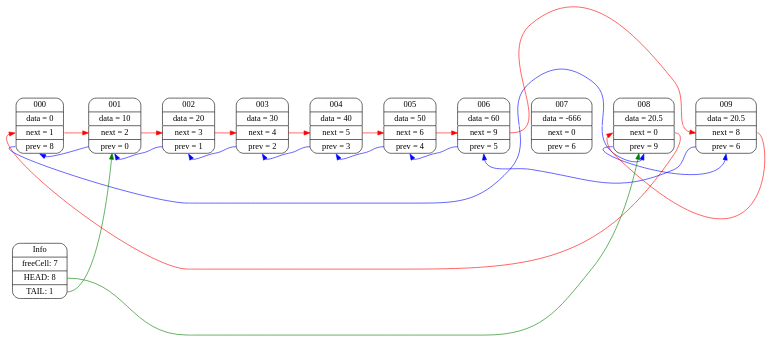
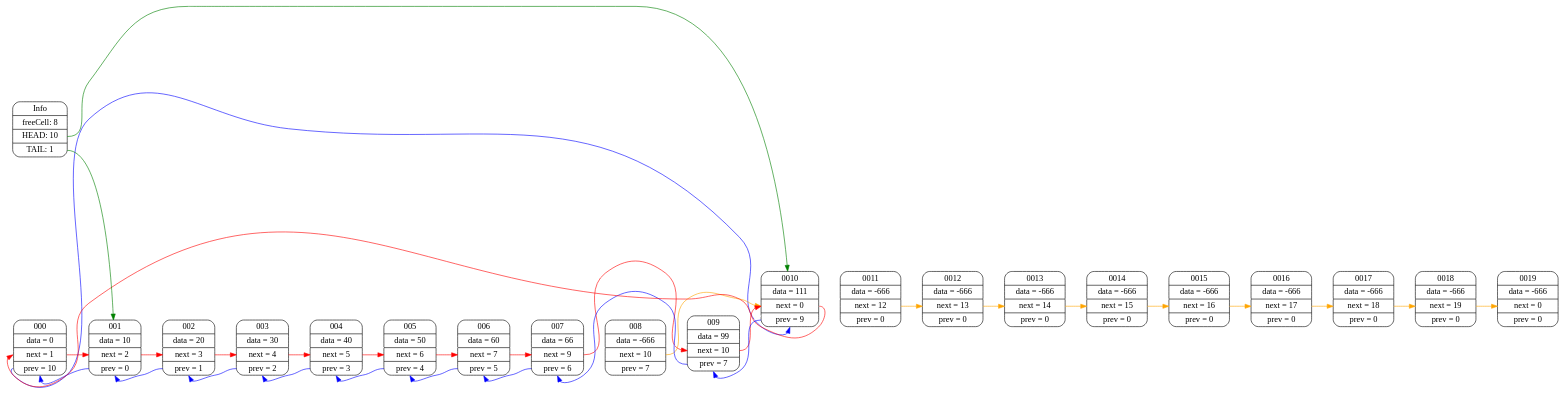
Before and after one commit to Matvey787/myArray: the diagram in tree.dot, drawn with Graphviz. The commit also changed 27 other files, not shown here.

```diff
--- a/tree.dot
+++ b/tree.dot
@@ -1,52 +1,83 @@
 digraph
 { 
                     rankdir=LR; 
                     overlap=false; 
                     splines=true; 
                     nodesep=0.75; 
                     ranksep=0.5;
-node000 [shape=Mrecord label= " 000 | data = 0 | <n0_n> next = 1 | <n0_p> prev = 8 " ];
+node000 [shape=Mrecord label= " 000 | data = 0 | <n0_n> next = 1 | <n0_p> prev = 10 " ];
 node001 [shape=Mrecord label= " 001 | data = 10 | <n1_n> next = 2 | <n1_p> prev = 0 " ];
 node002 [shape=Mrecord label= " 002 | data = 20 | <n2_n> next = 3 | <n2_p> prev = 1 " ];
 node003 [shape=Mrecord label= " 003 | data = 30 | <n3_n> next = 4 | <n3_p> prev = 2 " ];
 node004 [shape=Mrecord label= " 004 | data = 40 | <n4_n> next = 5 | <n4_p> prev = 3 " ];
 node005 [shape=Mrecord label= " 005 | data = 50 | <n5_n> next = 6 | <n5_p> prev = 4 " ];
-node006 [shape=Mrecord label= " 006 | data = 60 | <n6_n> next = 9 | <n6_p> prev = 5 " ];
-node007 [shape=Mrecord label= " 007 | data = -666 | <n7_n> next = 0 | <n7_p> prev = 6 " ];
-node008 [shape=Mrecord label= " 008 | data = 20.5 | <n8_n> next = 0 | <n8_p> prev = 9 " ];
-node009 [shape=Mrecord label= " 009 | data = 20.5 | <n9_n> next = 8 | <n9_p> prev = 6 " ];
+node006 [shape=Mrecord label= " 006 | data = 60 | <n6_n> next = 7 | <n6_p> prev = 5 " ];
+node007 [shape=Mrecord label= " 007 | data = 66 | <n7_n> next = 9 | <n7_p> prev = 6 " ];
+node008 [shape=Mrecord label= " 008 | data = -666 | <n8_n> next = 10 | <n8_p> prev = 7 " ];
+node009 [shape=Mrecord label= " 009 | data = 99 | <n9_n> next = 10 | <n9_p> prev = 7 " ];
+node0010 [shape=Mrecord label= " 0010 | data = 111 | <n10_n> next = 0 | <n10_p> prev = 9 " ];
+node0011 [shape=Mrecord label= " 0011 | data = -666 | <n11_n> next = 12 | <n11_p> prev = 0 " ];
+node0012 [shape=Mrecord label= " 0012 | data = -666 | <n12_n> next = 13 | <n12_p> prev = 0 " ];
+node0013 [shape=Mrecord label= " 0013 | data = -666 | <n13_n> next = 14 | <n13_p> prev = 0 " ];
+node0014 [shape=Mrecord label= " 0014 | data = -666 | <n14_n> next = 15 | <n14_p> prev = 0 " ];
+node0015 [shape=Mrecord label= " 0015 | data = -666 | <n15_n> next = 16 | <n15_p> prev = 0 " ];
+node0016 [shape=Mrecord label= " 0016 | data = -666 | <n16_n> next = 17 | <n16_p> prev = 0 " ];
+node0017 [shape=Mrecord label= " 0017 | data = -666 | <n17_n> next = 18 | <n17_p> prev = 0 " ];
+node0018 [shape=Mrecord label= " 0018 | data = -666 | <n18_n> next = 19 | <n18_p> prev = 0 " ];
+node0019 [shape=Mrecord label= " 0019 | data = -666 | <n19_n> next = 0 | <n19_p> prev = 0 " ];
 
-info [shape=Mrecord label= " Info | freeCell: 7 | <info_h> HEAD: 8 | <info_t> TAIL: 1 " ];
-info:<info_h> -> node008 [ color = green; ]
+info [shape=Mrecord label= " Info | freeCell: 8 | <info_h> HEAD: 10 | <info_t> TAIL: 1 " ];
+info:<info_h> -> node0010 [ color = green; ]
 info:<info_t> -> node001 [ color = green; ]
 
-node000 -> node001 [ weight = 10; color = white; ]
-node001 -> node002 [ weight = 10; color = white; ]
-node002 -> node003 [ weight = 10; color = white; ]
-node003 -> node004 [ weight = 10; color = white; ]
-node004 -> node005 [ weight = 10; color = white; ]
-node005 -> node006 [ weight = 10; color = white; ]
-node006 -> node007 [ weight = 10; color = white; ]
-node007 -> node008 [ weight = 10; color = white; ]
-node008 -> node009 [ weight = 10; color = white; ]
+node000 -> node001 [ weight = 1; color = white; ]
+node001 -> node002 [ weight = 1; color = white; ]
+node002 -> node003 [ weight = 1; color = white; ]
+node003 -> node004 [ weight = 1; color = white; ]
+node004 -> node005 [ weight = 1; color = white; ]
+node005 -> node006 [ weight = 1; color = white; ]
+node006 -> node007 [ weight = 1; color = white; ]
+node007 -> node008 [ weight = 1; color = white; ]
+node008 -> node009 [ weight = 1; color = white; ]
+node009 -> node0010 [ weight = 1; color = white; ]
+node0010 -> node0011 [ weight = 1; color = white; ]
+node0011 -> node0012 [ weight = 1; color = white; ]
+node0012 -> node0013 [ weight = 1; color = white; ]
+node0013 -> node0014 [ weight = 1; color = white; ]
+node0014 -> node0015 [ weight = 1; color = white; ]
+node0015 -> node0016 [ weight = 1; color = white; ]
+node0016 -> node0017 [ weight = 1; color = white; ]
+node0017 -> node0018 [ weight = 1; color = white; ]
+node0018 -> node0019 [ weight = 1; color = white; ]
 
-node000:<n0_p>:w -> node008:<n8_p>:s [ color = blue; minlen=2; constraint=false; ]
+node000:<n0_p>:w -> node0010:<n10_p>:s [ color = blue; minlen=2; constraint=false; ]
 node001:<n1_p>:w -> node000:<n0_p>:s [ color = blue; minlen=2; constraint=false; ]
 node002:<n2_p>:w -> node001:<n1_p>:s [ color = blue; minlen=2; constraint=false; ]
 node003:<n3_p>:w -> node002:<n2_p>:s [ color = blue; minlen=2; constraint=false; ]
 node004:<n4_p>:w -> node003:<n3_p>:s [ color = blue; minlen=2; constraint=false; ]
 node005:<n5_p>:w -> node004:<n4_p>:s [ color = blue; minlen=2; constraint=false; ]
 node006:<n6_p>:w -> node005:<n5_p>:s [ color = blue; minlen=2; constraint=false; ]
-node008:<n8_p>:w -> node009:<n9_p>:s [ color = blue; minlen=2; constraint=false; ]
-node009:<n9_p>:w -> node006:<n6_p>:s [ color = blue; minlen=2; constraint=false; ]
+node007:<n7_p>:w -> node006:<n6_p>:s [ color = blue; minlen=2; constraint=false; ]
+node009:<n9_p>:w -> node007:<n7_p>:s [ color = blue; minlen=2; constraint=false; ]
+node0010:<n10_p>:w -> node009:<n9_p>:s [ color = blue; minlen=2; constraint=false; ]
 
 node000:<n0_n>:e -> node001:<n1_n>:w [ color = red; minlen=2; constraint=false; ]
 node001:<n1_n>:e -> node002:<n2_n>:w [ color = red; minlen=2; constraint=false; ]
 node002:<n2_n>:e -> node003:<n3_n>:w [ color = red; minlen=2; constraint=false; ]
 node003:<n3_n>:e -> node004:<n4_n>:w [ color = red; minlen=2; constraint=false; ]
 node004:<n4_n>:e -> node005:<n5_n>:w [ color = red; minlen=2; constraint=false; ]
 node005:<n5_n>:e -> node006:<n6_n>:w [ color = red; minlen=2; constraint=false; ]
-node006:<n6_n>:e -> node009:<n9_n>:w [ color = red; minlen=2; constraint=false; ]
-node008:<n8_n>:e -> node000:<n0_n>:w [ color = red; minlen=2; constraint=false; ]
-node009:<n9_n>:e -> node008:<n8_n>:w [ color = red; minlen=2; constraint=false; ]
+node006:<n6_n>:e -> node007:<n7_n>:w [ color = red; minlen=2; constraint=false; ]
+node007:<n7_n>:e -> node009:<n9_n>:w [ color = red; minlen=2; constraint=false; ]
+node008:<n8_n>:e -> node0010:<n10_n>:w [ color = orange; minlen=2; constraint=false; ]
+node009:<n9_n>:e -> node0010:<n10_n>:w [ color = red; minlen=2; constraint=false; ]
+node0010:<n10_n>:e -> node000:<n0_n>:w [ color = red; minlen=2; constraint=false; ]
+node0011:<n11_n>:e -> node0012:<n12_n>:w [ color = orange; minlen=2; constraint=false; ]
+node0012:<n12_n>:e -> node0013:<n13_n>:w [ color = orange; minlen=2; constraint=false; ]
+node0013:<n13_n>:e -> node0014:<n14_n>:w [ color = orange; minlen=2; constraint=false; ]
+node0014:<n14_n>:e -> node0015:<n15_n>:w [ color = orange; minlen=2; constraint=false; ]
+node0015:<n15_n>:e -> node0016:<n16_n>:w [ color = orange; minlen=2; constraint=false; ]
+node0016:<n16_n>:e -> node0017:<n17_n>:w [ color = orange; minlen=2; constraint=false; ]
+node0017:<n17_n>:e -> node0018:<n18_n>:w [ color = orange; minlen=2; constraint=false; ]
+node0018:<n18_n>:e -> node0019:<n19_n>:w [ color = orange; minlen=2; constraint=false; ]
 }
```
